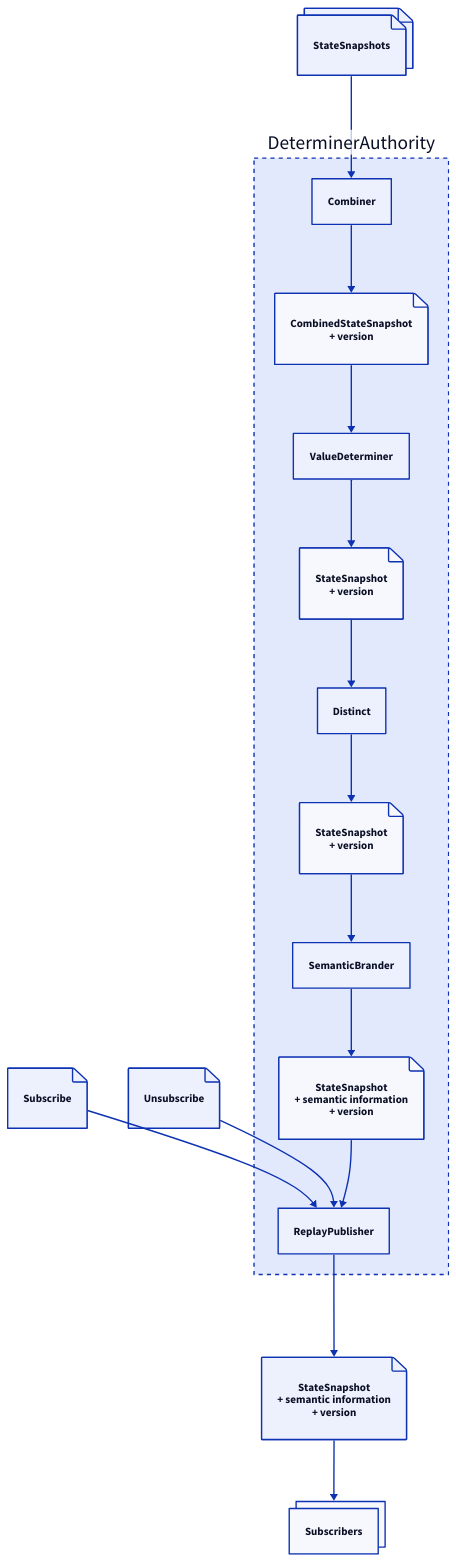
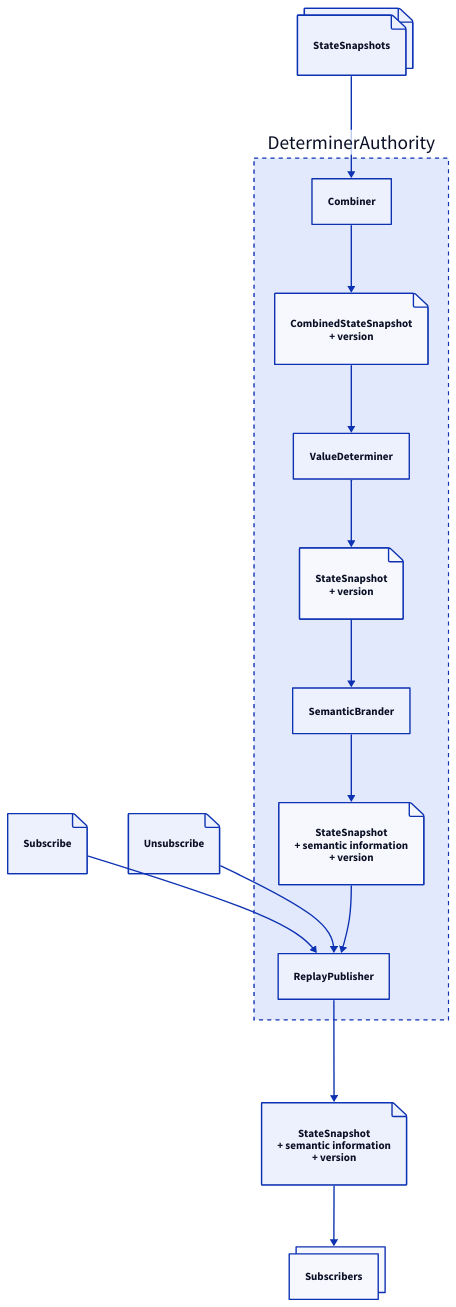
One commit to MostlyIT/nact-extensions changed the diagram in source/actors/state/determiner-authority/DeterminerAuthority.d2. Above: the diagram before and after it, drawn with D2.

Commit message:
Remove distinct from DeterminerAuthority plan.
This is because a new value is only calculated whenever the input versions change, and since the version needs to be propagated for eventual consistency, a new StateSnapshot should never be and would have never been blocked anyway.

```diff
--- a/source/actors/state/determiner-authority/DeterminerAuthority.d2
+++ b/source/actors/state/determiner-authority/DeterminerAuthority.d2
@@ -1,60 +1,55 @@
 classes: {
   composition: {
     style.stroke-dash: 3
   }
 }
 
 # Input messages
 StateSnapshots: {
   shape: page
   style.multiple: true
 }
 StateSnapshots -> DeterminerAuthority.Combiner
 Subscribe: {
   shape: page
 }
 Subscribe -> DeterminerAuthority.ReplayPublisher
 Unsubscribe: {
   shape: page
 }
 Unsubscribe -> DeterminerAuthority.ReplayPublisher
 
 # Main actor
 DeterminerAuthority: {
   class: composition
 
   # Internal actors
   Combiner
-  Distinct
   ReplayPublisher
   SemanticBrander
   ValueDeterminer
 
   CombinedStateSnapshot: CombinedStateSnapshot\n+ version {
     shape: page
   }
   Combiner -> CombinedStateSnapshot -> ValueDeterminer
-  DistinctStateSnapshot: StateSnapshot\n+ version {
-    shape: page
-  }
-  Distinct -> DistinctStateSnapshot -> SemanticBrander
   StateSnapshotWithMetaData: StateSnapshot\n+ semantic information\n+ version {
     shape: page
   }
   SemanticBrander -> StateSnapshotWithMetaData -> ReplayPublisher
   StateSnapshot: StateSnapshot\n+ version {
     shape: page
   }
-  ValueDeterminer -> StateSnapshot -> Distinct
+  ValueDeterminer -> StateSnapshot -> SemanticBrander
 }
 
 # Output messages
 OutputStateSnapshot: StateSnapshot\n+ semantic information\n+ version {
   shape: page
 }
 DeterminerAuthority.ReplayPublisher -> OutputStateSnapshot -> Subscribers
 
 # Environment actors
 Subscribers: {
   style.multiple: true
 }
```
